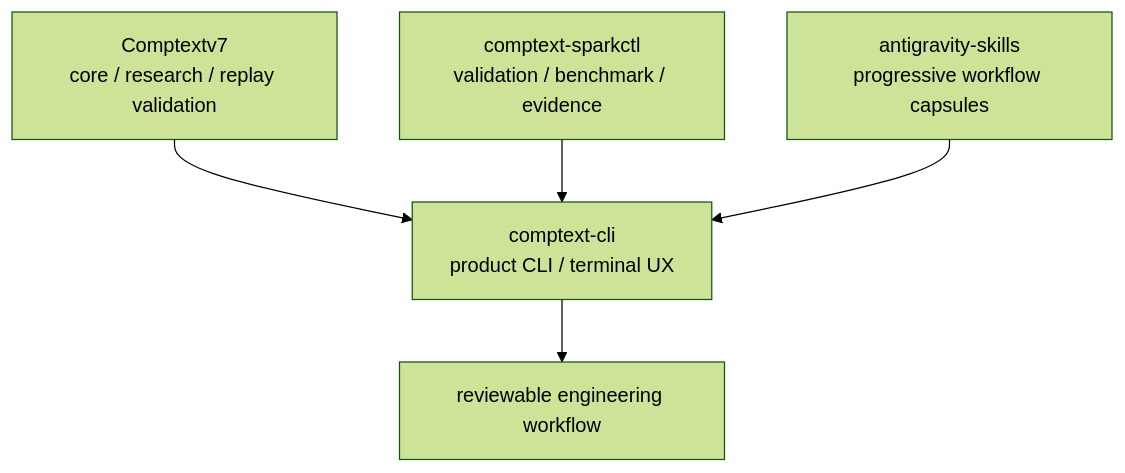
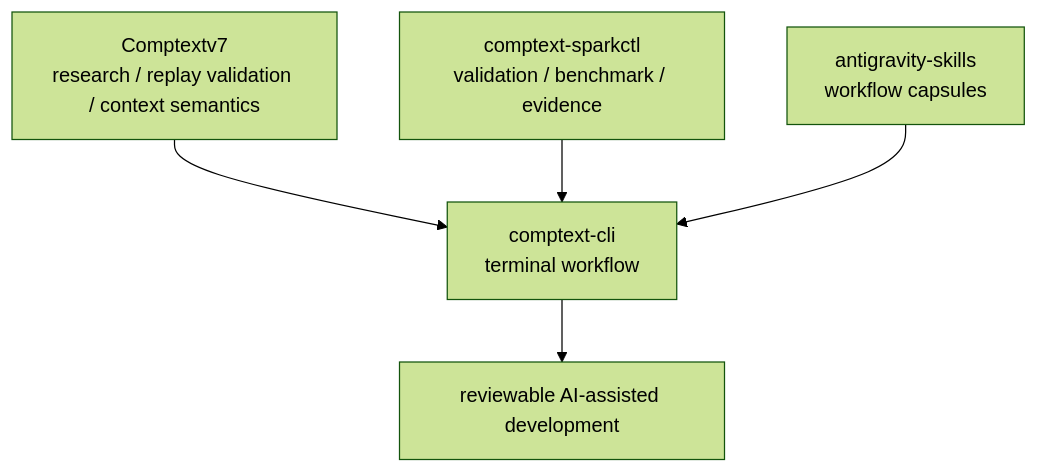
The seventh of 7 diagrams in README.md (ProfRandom92/comptext-cli), drawn with Mermaid (forest theme) before and after one commit. The commit also changed other lines of this file, not shown here.

````diff
--- a/README.md
+++ b/README.md
@@ -771,7 +501,7 @@
 ```mermaid
 flowchart TD
-    CORE[Comptextv7<br/>core / research / replay validation] --> CLI[comptext-cli<br/>product CLI / terminal UX]
+    CORE[Comptextv7<br/>research / replay validation / context semantics] --> CLI[comptext-cli<br/>terminal workflow]
     SPARK[comptext-sparkctl<br/>validation / benchmark / evidence] --> CLI
-    SKILLS[antigravity-skills<br/>progressive workflow capsules] --> CLI
-    CLI --> USER[reviewable engineering workflow]
+    SKILLS[antigravity-skills<br/>workflow capsules] --> CLI
+    CLI --> DEV[reviewable AI-assisted development]
 ```
````
